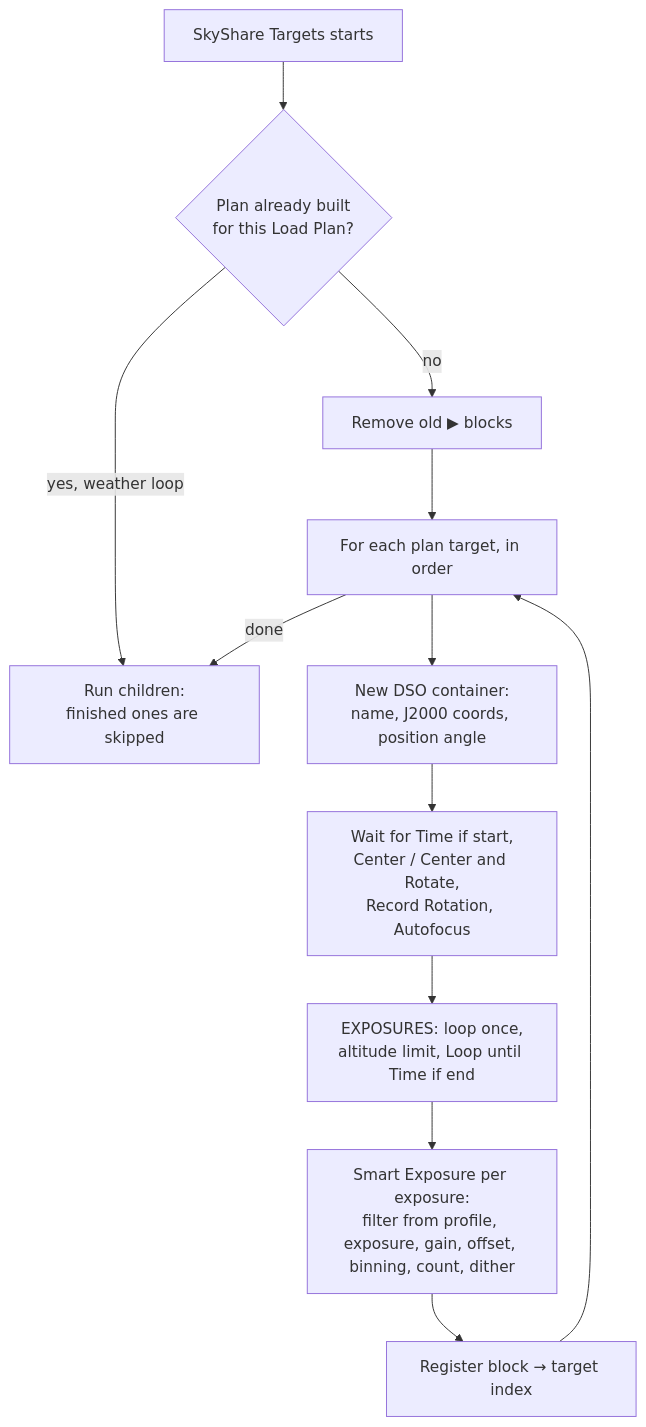
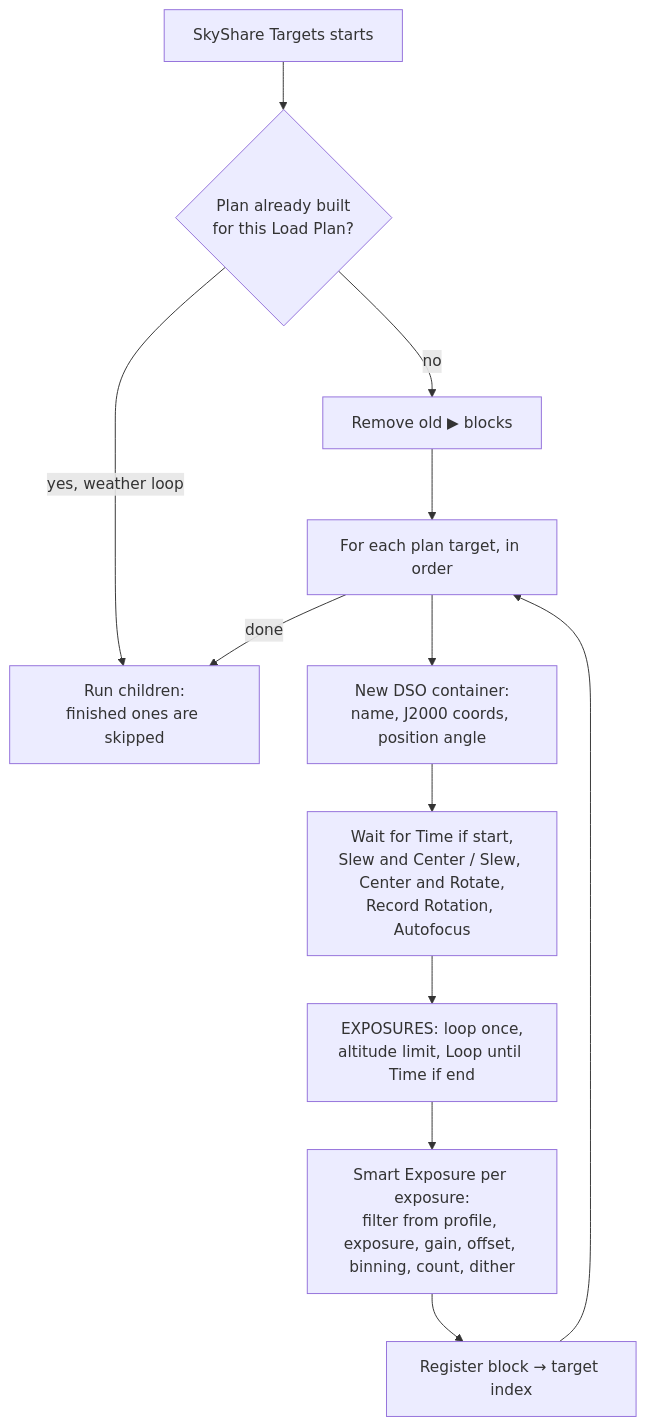
Before and after one commit to BenCoullNeveu/SkySharePlanner: the third of 5 diagrams in README.md, drawn with Mermaid. The commit also changed other lines of this file and 3 other files, not shown here.

First line of the commit message:
Slew, center and rotate every target when the profile has a rotator

````diff
--- a/README.md
+++ b/README.md
@@ -284,14 +284,14 @@
 ```mermaid
 flowchart TD
     A[SkyShare Targets starts] --> B{Plan already built<br/>for this Load Plan?}
     B -- yes, weather loop --> R[Run children:<br/>finished ones are skipped]
     B -- no --> D[Remove old ▶ blocks]
     D --> E[For each plan target, in order]
     E --> F[New DSO container:<br/>name, J2000 coords, position angle]
-    F --> G[Wait for Time if start,<br/>Center / Center and Rotate,<br/>Record Rotation, Autofocus]
+    F --> G[Wait for Time if start,<br/>Slew and Center / Slew, Center and Rotate,<br/>Record Rotation, Autofocus]
     G --> H[EXPOSURES: loop once,<br/>altitude limit, Loop until Time if end]
     H --> K[Smart Exposure per exposure:<br/>filter from profile, exposure, gain, offset, binning, count, dither]
     K --> L[Register block → target index]
     L --> E
     E -- done --> R
 ```
````
